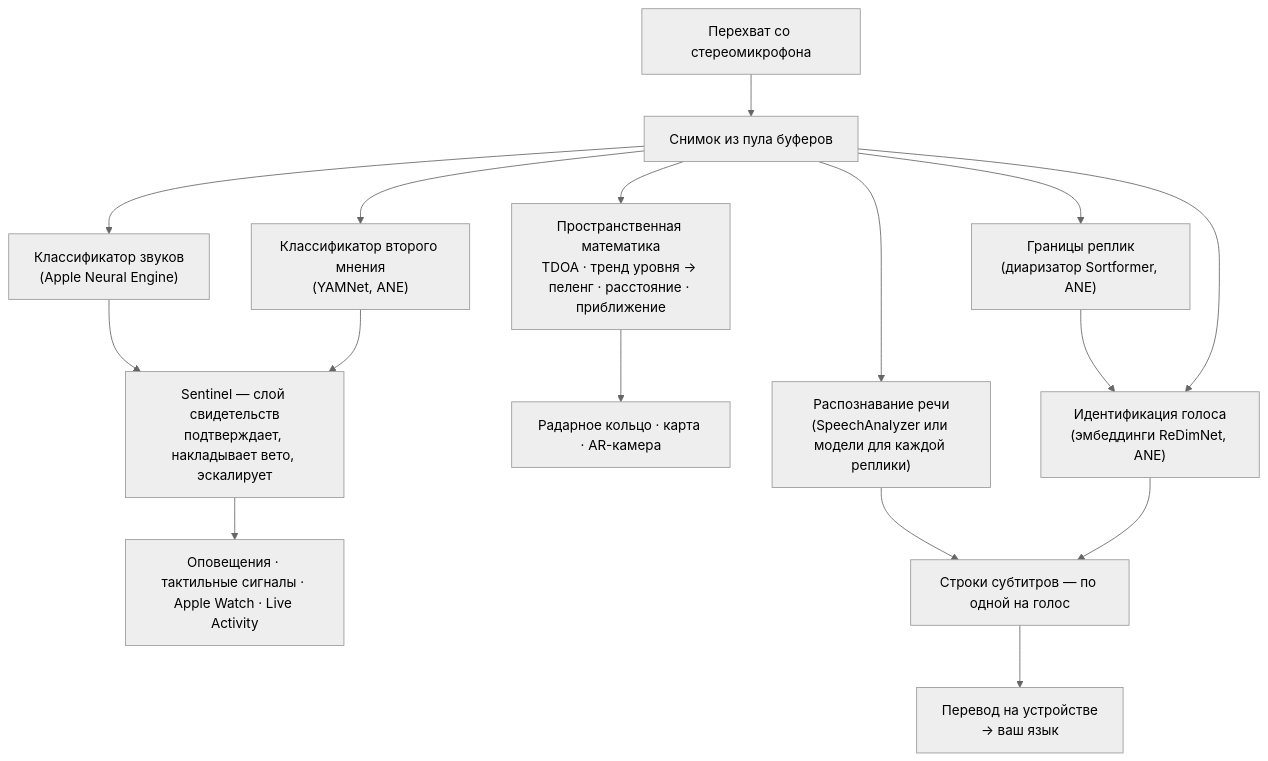
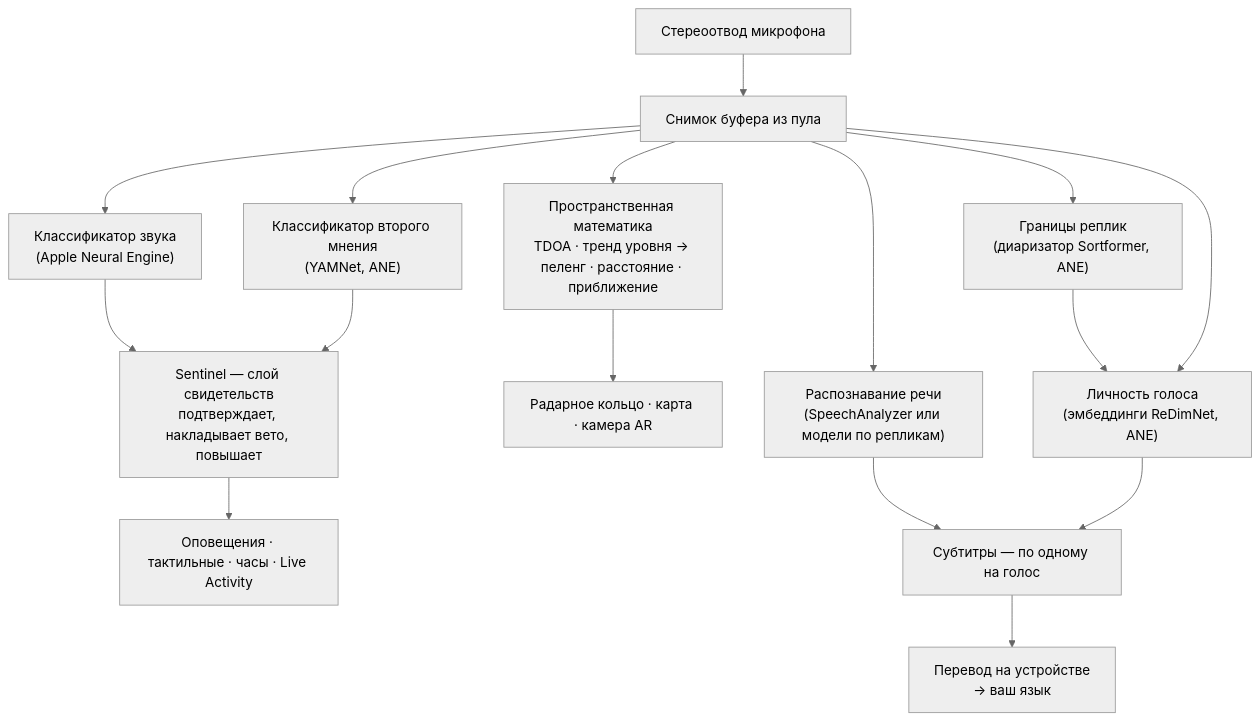
One commit to rpalm01-star/VigilantEarLegal changed the second of 4 diagrams in README_ru.md. Above: the diagram before and after it, drawn with Mermaid (neutral theme). The commit also changed other lines of this file and 14 other files, not shown here.

````diff
--- a/README_ru.md
+++ b/README_ru.md
@@ -145,18 +164,18 @@
 ```mermaid
 graph TD
-    A["Перехват со стереомикрофона"] --> B["Снимок из пула буферов"]
-    B --> C["Классификатор звуков<br/>(Apple Neural Engine)"]
+    A["Стереоотвод микрофона"] --> B["Снимок буфера из пула"]
+    B --> C["Классификатор звука<br/>(Apple Neural Engine)"]
     B --> Y["Классификатор второго мнения<br/>(YAMNet, ANE)"]
-    C --> S["Sentinel — слой свидетельств<br/>подтверждает, накладывает вето, эскалирует"]
+    C --> S["Sentinel — слой свидетельств<br/>подтверждает, накладывает вето, повышает"]
     Y --> S
-    S --> H["Оповещения · тактильные сигналы · Apple Watch · Live Activity"]
+    S --> H["Оповещения · тактильные · часы · Live Activity"]
     B --> D["Пространственная математика<br/>TDOA · тренд уровня → пеленг · расстояние · приближение"]
-    D --> R["Радарное кольцо · карта · AR-камера"]
-    B --> F["Распознавание речи<br/>(SpeechAnalyzer или модели для каждой реплики)"]
+    D --> R["Радарное кольцо · карта · камера AR"]
+    B --> F["Распознавание речи<br/>(SpeechAnalyzer или модели по репликам)"]
     B --> N["Границы реплик<br/>(диаризатор Sortformer, ANE)"]
-    N --> E["Идентификация голоса<br/>(эмбеддинги ReDimNet, ANE)"]
+    N --> E["Личность голоса<br/>(эмбеддинги ReDimNet, ANE)"]
     B --> E
-    F --> G["Строки субтитров — по одной на голос"]
+    F --> G["Субтитры — по одному на голос"]
     E --> G
     G --> T["Перевод на устройстве<br/>→ ваш язык"]
 ```
````
